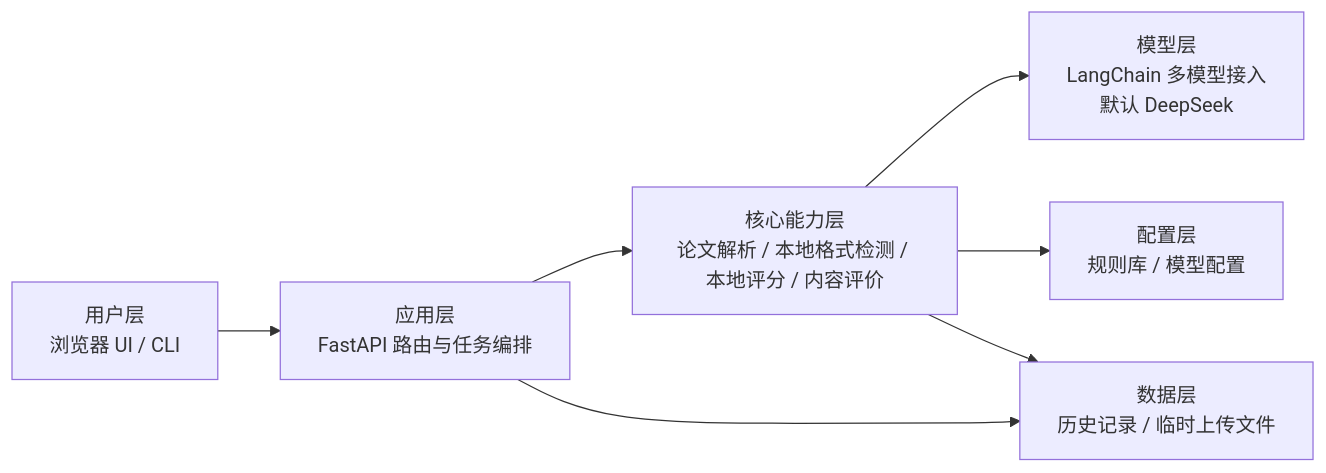
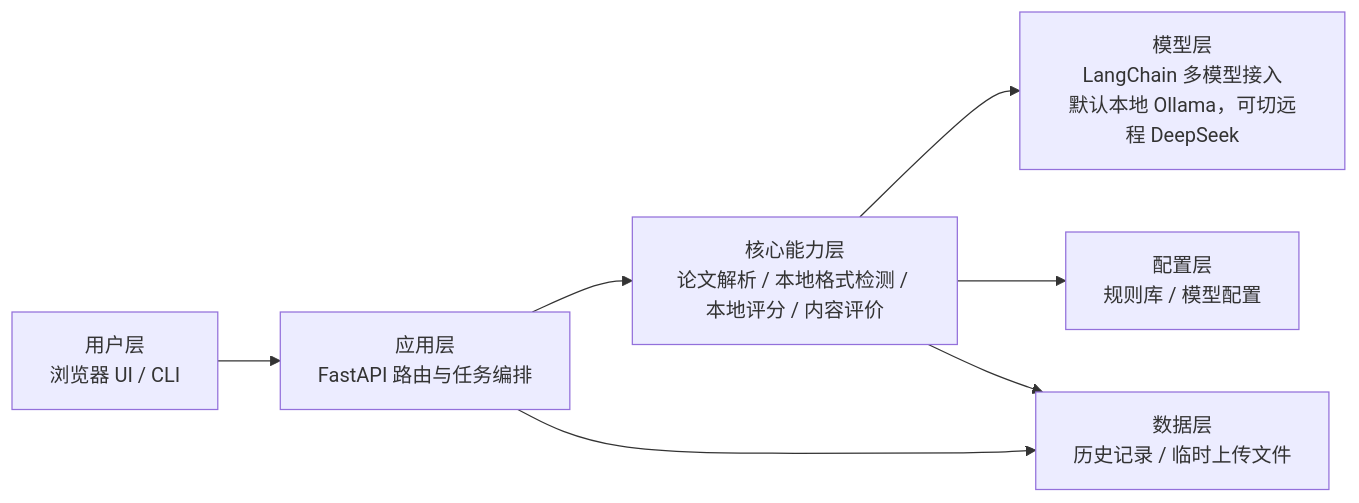
Before and after one commit to HHSTU-IST/thesisev: the first of 2 diagrams in README.md, drawn with Mermaid. The commit also changed other lines of this file and 12 other files, not shown here.

````diff
--- a/README.md
+++ b/README.md
@@ -286,16 +348,16 @@
 ```mermaid
 flowchart LR
     U["用户层<br/>浏览器 UI / CLI"]
     A["应用层<br/>FastAPI 路由与任务编排"]
     C["核心能力层<br/>论文解析 / 本地格式检测 / 本地评分 / 内容评价"]
-    M["模型层<br/>LangChain 多模型接入<br/>默认 DeepSeek"]
+    M["模型层<br/>LangChain 多模型接入<br/>默认本地 Ollama，可切远程 DeepSeek"]
     CFG["配置层<br/>规则库 / 模型配置"]
     D["数据层<br/>历史记录 / 临时上传文件"]
 
     U --> A
     A --> C
     C --> M
     C --> CFG
     C --> D
     A --> D
 ```
````
